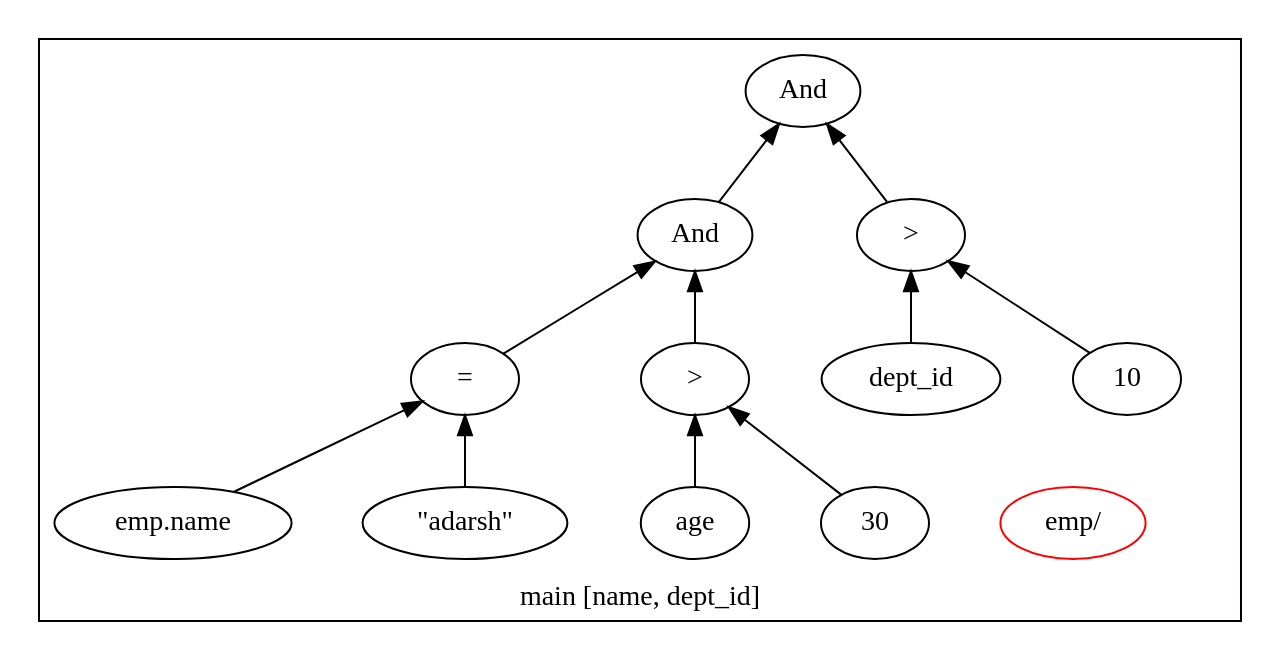
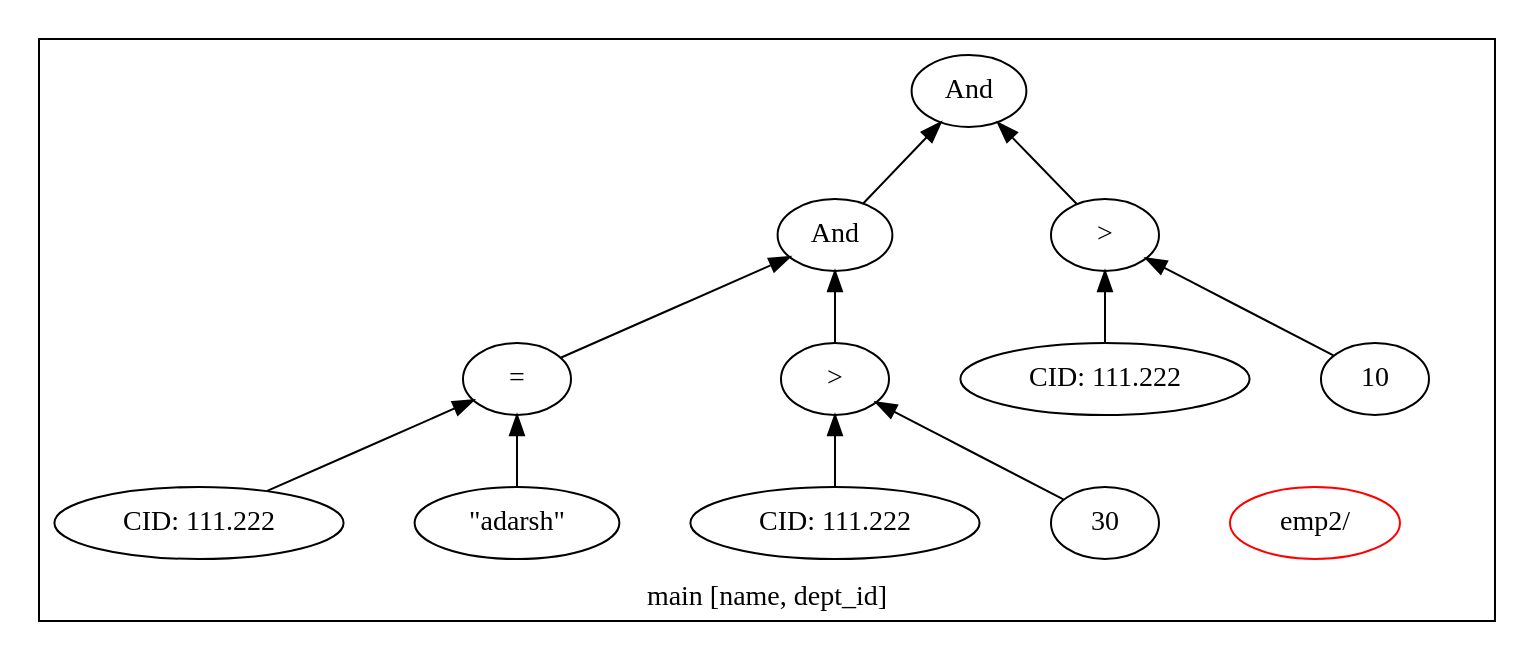
One commit to adarshpannu/kona changed the diagram in qgm.dot. Above: the diagram before and after it, drawn with Graphviz. The commit also changed 7 other files, not shown here.

```diff
--- a/qgm.dot
+++ b/qgm.dot
@@ -1,31 +1,31 @@
 digraph example1 {
     rankdir=BT;
     nodesep=0.5;
     ordering="in";
   subgraph cluster_main {
     label = "main [name, dept_id]";
     "main_pt"[shape=point, color=white];
-    "QUN_0"[label="emp/ ", color=red]
+    "QUN_0"[label="emp2/ ", color=red]
     exprnodeNodeId13v1[label="And"];
     exprnodeNodeId9v1 -> exprnodeNodeId13v1;
     exprnodeNodeId9v1[label="And"];
     exprnodeNodeId5v1 -> exprnodeNodeId9v1;
     exprnodeNodeId5v1[label="="];
     exprnodeNodeId3v1 -> exprnodeNodeId5v1;
-    exprnodeNodeId3v1[label="emp.name"];
+    exprnodeNodeId3v1[label="CID: 111.222"];
     exprnodeNodeId4v1 -> exprnodeNodeId5v1;
     exprnodeNodeId4v1[label="\"adarsh\""];
     exprnodeNodeId8v1 -> exprnodeNodeId9v1;
     exprnodeNodeId8v1[label=">"];
     exprnodeNodeId6v1 -> exprnodeNodeId8v1;
-    exprnodeNodeId6v1[label="age"];
+    exprnodeNodeId6v1[label="CID: 111.222"];
     exprnodeNodeId7v1 -> exprnodeNodeId8v1;
     exprnodeNodeId7v1[label="30"];
     exprnodeNodeId12v1 -> exprnodeNodeId13v1;
     exprnodeNodeId12v1[label=">"];
     exprnodeNodeId10v1 -> exprnodeNodeId12v1;
-    exprnodeNodeId10v1[label="dept_id"];
+    exprnodeNodeId10v1[label="CID: 111.222"];
     exprnodeNodeId11v1 -> exprnodeNodeId12v1;
     exprnodeNodeId11v1[label="10"];
 }
 }
```
